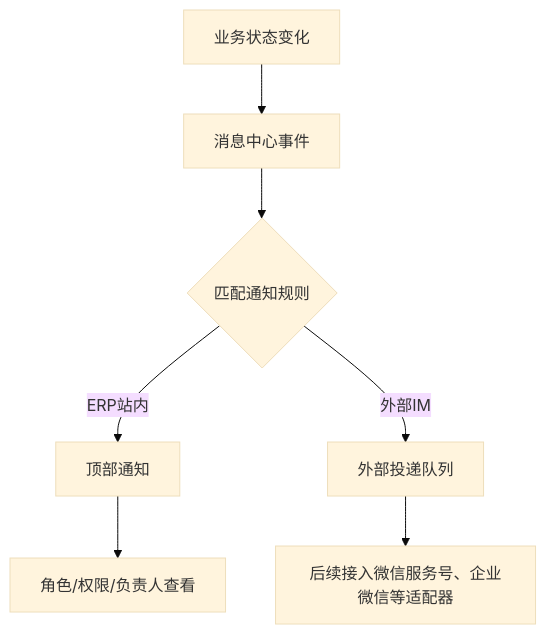
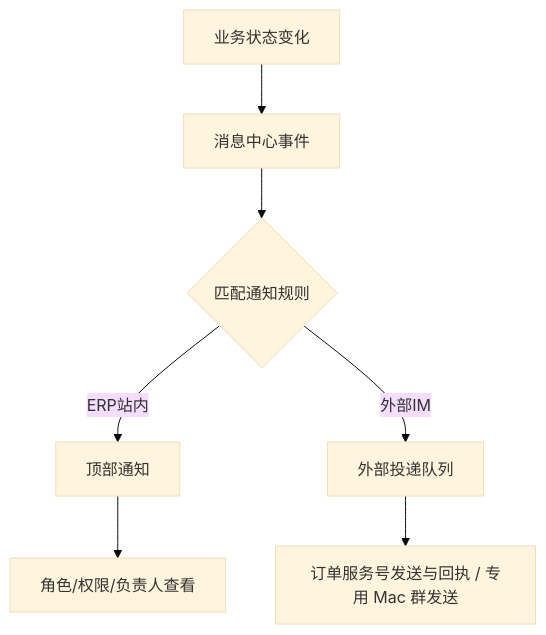
Before and after one commit to Backstage2539/KFerp: the diagram in orderapp-remote/docs/OP_MANUAL_NOTIFICATIONS.md, drawn with Mermaid (base theme). The commit also changed other lines of this file and 50 other files, not shown here.

````diff
--- a/orderapp-remote/docs/OP_MANUAL_NOTIFICATIONS.md
+++ b/orderapp-remote/docs/OP_MANUAL_NOTIFICATIONS.md
@@ -5,9 +5,9 @@
 ```mermaid
 flowchart TD
   A["业务状态变化"] --> B["消息中心事件"]
   B --> C{"匹配通知规则"}
   C -->|ERP站内| D["顶部通知"]
   C -->|外部IM| E["外部投递队列"]
   D --> F["角色/权限/负责人查看"]
-  E --> G["后续接入微信服务号、企业微信等适配器"]
+  E --> G["订单服务号发送与回执 / 专用 Mac 群发送"]
 ```
````
